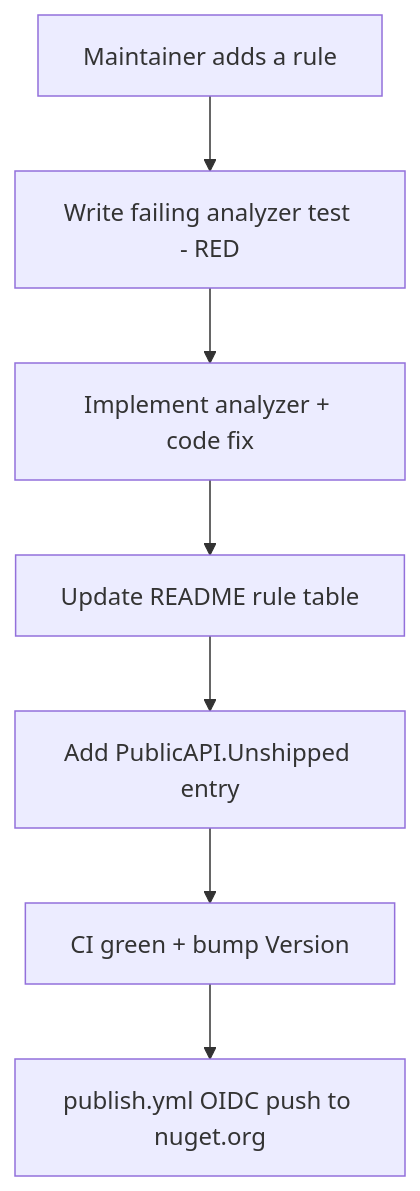
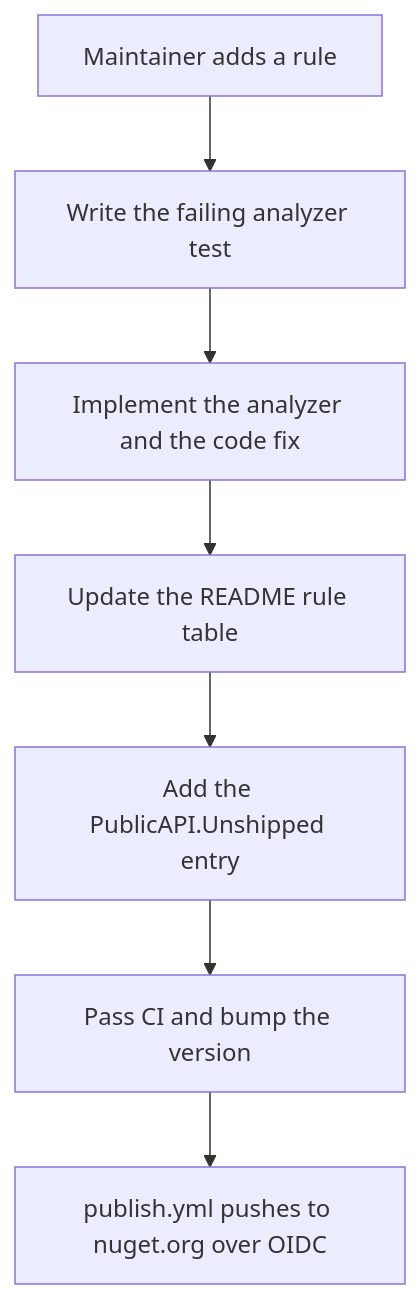
Before and after one commit to e128/dotnet-reference: the third of 3 diagrams in docs/overview/product.md, drawn with Mermaid. The commit also changed other lines of this file and 20 other files, not shown here.

````diff
--- a/docs/overview/product.md
+++ b/docs/overview/product.md
@@ -77,9 +80,9 @@
 ```mermaid
 flowchart TD
-  M[Maintainer adds a rule] --> N[Write failing analyzer test - RED]
-  N --> O[Implement analyzer + code fix]
-  O --> P[Update README rule table]
-  P --> Q[Add PublicAPI.Unshipped entry]
-  Q --> R[CI green + bump Version]
-  R --> S[publish.yml OIDC push to nuget.org]
+  M[Maintainer adds a rule] --> N[Write the failing analyzer test]
+  N --> O[Implement the analyzer and the code fix]
+  O --> P[Update the README rule table]
+  P --> Q[Add the PublicAPI.Unshipped entry]
+  Q --> R[Pass CI and bump the version]
+  R --> S[publish.yml pushes to nuget.org over OIDC]
 ```
````
